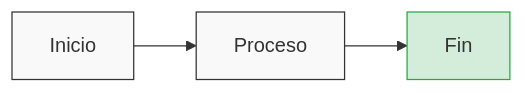
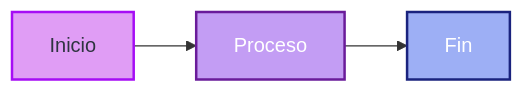
One commit to MiguelP-Dev/miguelp-dev.github.io changed the ninth of 10 diagrams in _pages/technologies/mermaid.md. Above: the diagram before and after it, drawn with Mermaid. The commit also changed other lines of this file and 3 other files, not shown here.

Commit message:
fix: repara la visualizacion de mermaid y el uso de gems

````diff
--- a/_pages/technologies/mermaid.md
+++ b/_pages/technologies/mermaid.md
@@ -277,13 +278,15 @@
 ```mermaid
 flowchart LR
   A[Inicio] --> B[Proceso]
   B --> C[Fin]
   
-  classDef default fill:#f9f9f9,stroke:#333,stroke-width:1px
-  classDef success fill:#d4edda,stroke:#28a745,stroke-width:1px
-  classDef danger fill:#f8d7da,stroke:#dc3545,stroke-width:1px
+  classDef default fill:#E09DF5,stroke:#A60DF5,stroke-width:2px,color:#2E3440
+  classDef success fill:#9DAFF5,stroke:#1A237E,stroke-width:2px,color:#FFFFFF
+  classDef danger fill:#F59AE6,stroke:#D81B60,stroke-width:2px,color#2E3440
+  classDef accent fill:#C39DF4,stroke:#6A1B9A,stroke-width:2px,color:#FFFFFF
+
+  class A default
+  class B accent
+  class C success
   
-  class A default
-  class B default
-  class C success
 ```
````
